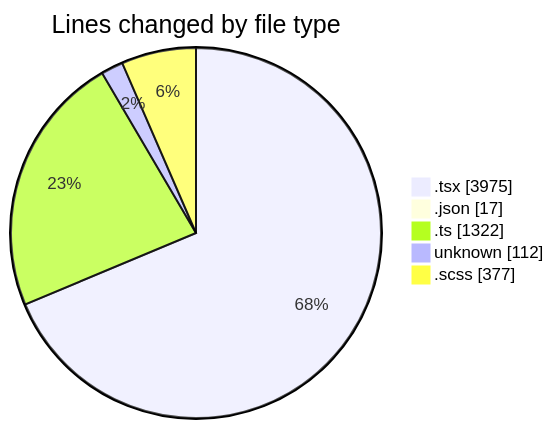
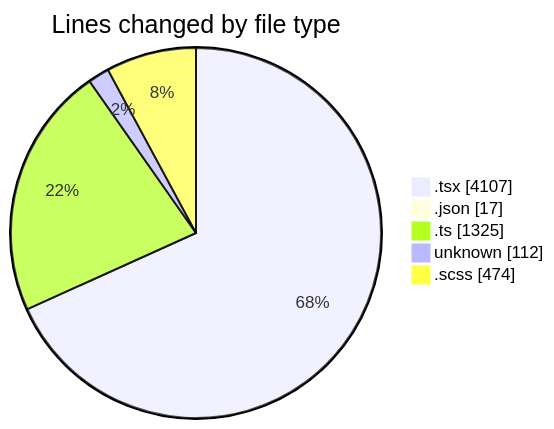
One commit to momahboobian/code-tracking changed the first of 2 diagrams in 2026-04-30/cda/README.md. Above: the diagram before and after it, drawn with Mermaid. The commit also changed other lines of this file and 1 other file, not shown here.

````diff
--- a/2026-04-30/cda/README.md
+++ b/2026-04-30/cda/README.md
@@ -64,9 +67,9 @@
 ```mermaid
 pie showData
 title Lines changed by file type
-".tsx" : 3975
+".tsx" : 4107
 ".json" : 17
-".ts" : 1322
+".ts" : 1325
 "unknown" : 112
-".scss" : 377
+".scss" : 474
 ```
````
